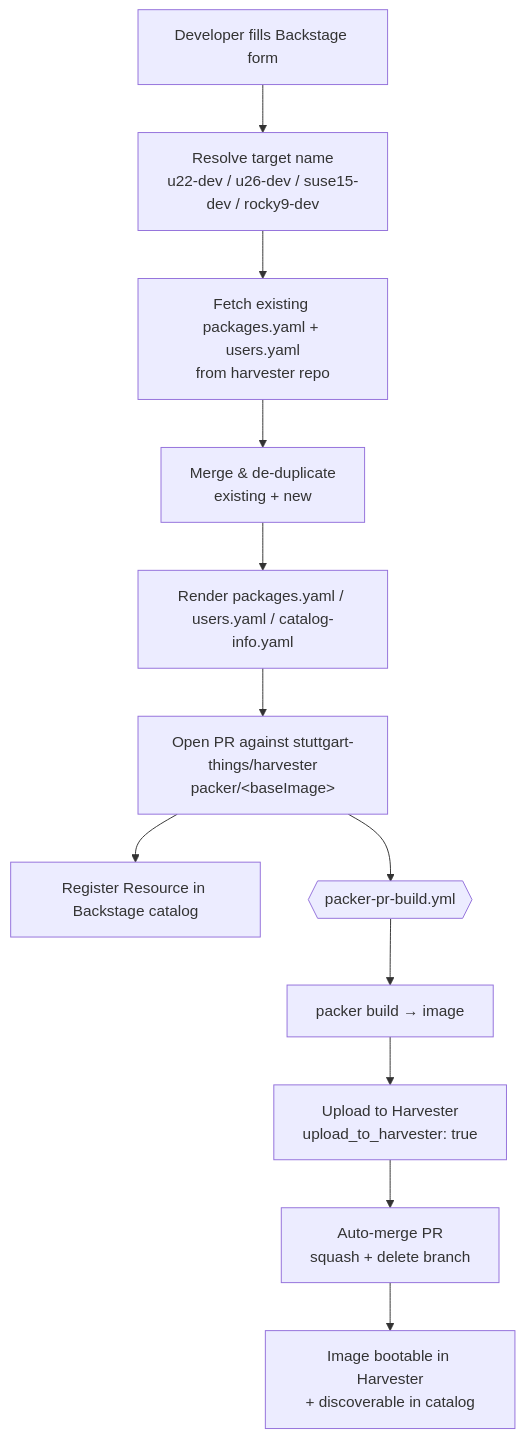
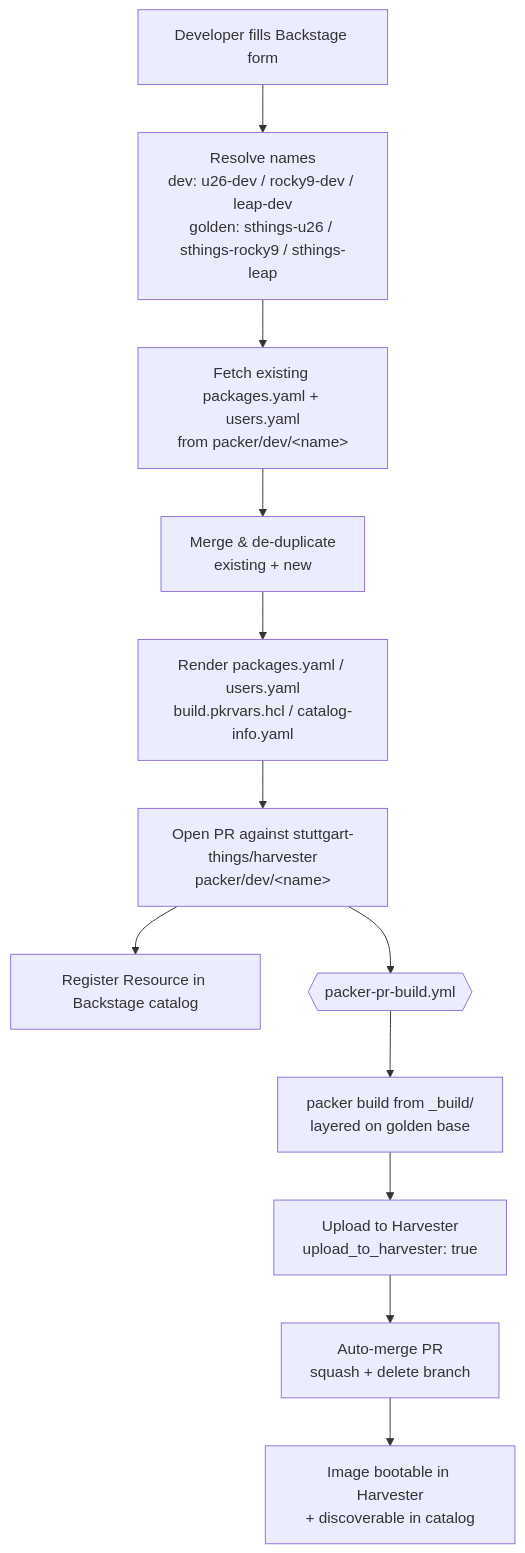
The diagram in templates/harvester-packer-devimage/README.md (stuttgart-things/backstage-resources), drawn with Mermaid before and after one commit. The commit also changed other lines of this file and 8 other files, not shown here.

First line of the commit message:
feat(packer-templates): realign dev/admin templates to golden/dev layout (+ openSUSE Leap) (#32)

````diff
--- a/templates/harvester-packer-devimage/README.md
+++ b/templates/harvester-packer-devimage/README.md
@@ -18,14 +20,14 @@
 ```mermaid
 flowchart TD
-    A[Developer fills Backstage form] --> B[Resolve target name<br/>u22-dev / u26-dev / suse15-dev / rocky9-dev]
-    B --> C[Fetch existing packages.yaml + users.yaml<br/>from harvester repo]
+    A[Developer fills Backstage form] --> B[Resolve names<br/>dev: u26-dev / rocky9-dev / leap-dev<br/>golden: sthings-u26 / sthings-rocky9 / sthings-leap]
+    B --> C[Fetch existing packages.yaml + users.yaml<br/>from packer/dev/&lt;name&gt;]
     C --> D[Merge & de-duplicate<br/>existing + new]
-    D --> E[Render packages.yaml / users.yaml / catalog-info.yaml]
-    E --> F[Open PR against stuttgart-things/harvester<br/>packer/&lt;baseImage&gt;]
+    D --> E[Render packages.yaml / users.yaml<br/>build.pkrvars.hcl / catalog-info.yaml]
+    E --> F[Open PR against stuttgart-things/harvester<br/>packer/dev/&lt;name&gt;]
     F --> G[Register Resource in Backstage catalog]
     F --> H{{packer-pr-build.yml}}
-    H --> I[packer build → image]
+    H --> I[packer build from _build/<br/>layered on golden base]
     I --> J[Upload to Harvester<br/>upload_to_harvester: true]
     J --> K[Auto-merge PR<br/>squash + delete branch]
     K --> L[Image bootable in Harvester<br/>+ discoverable in catalog]
 ```
````
